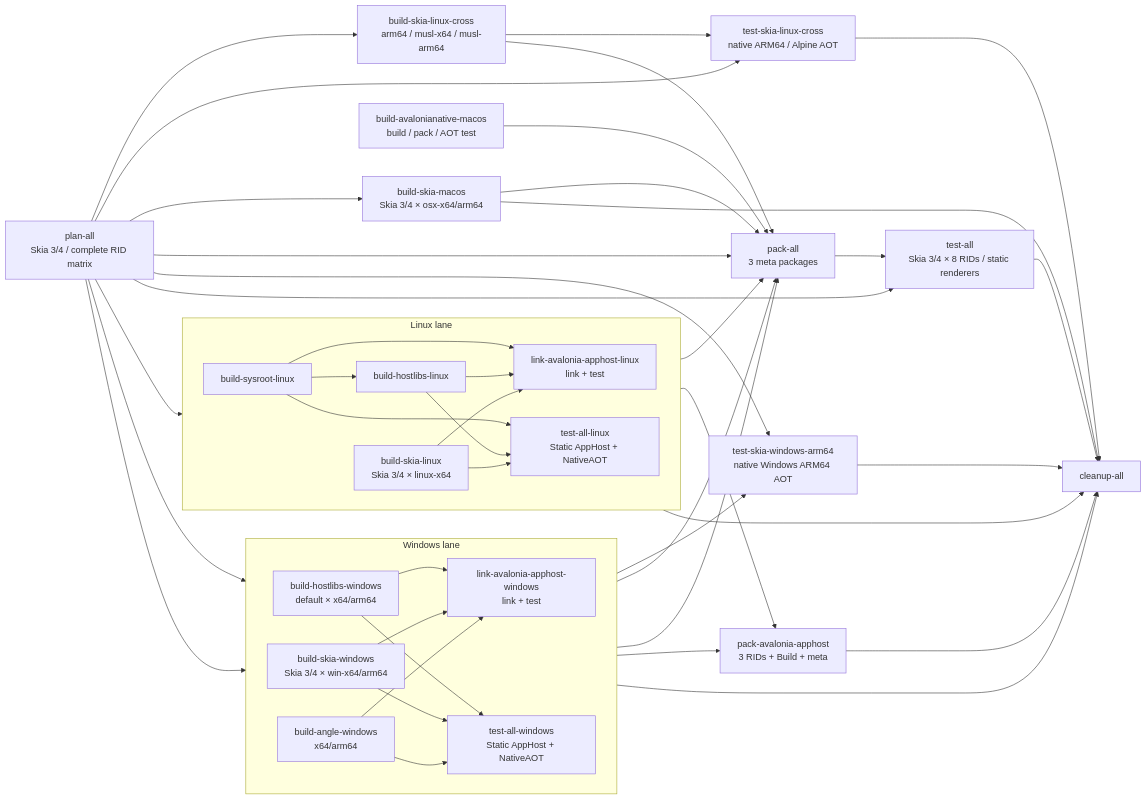
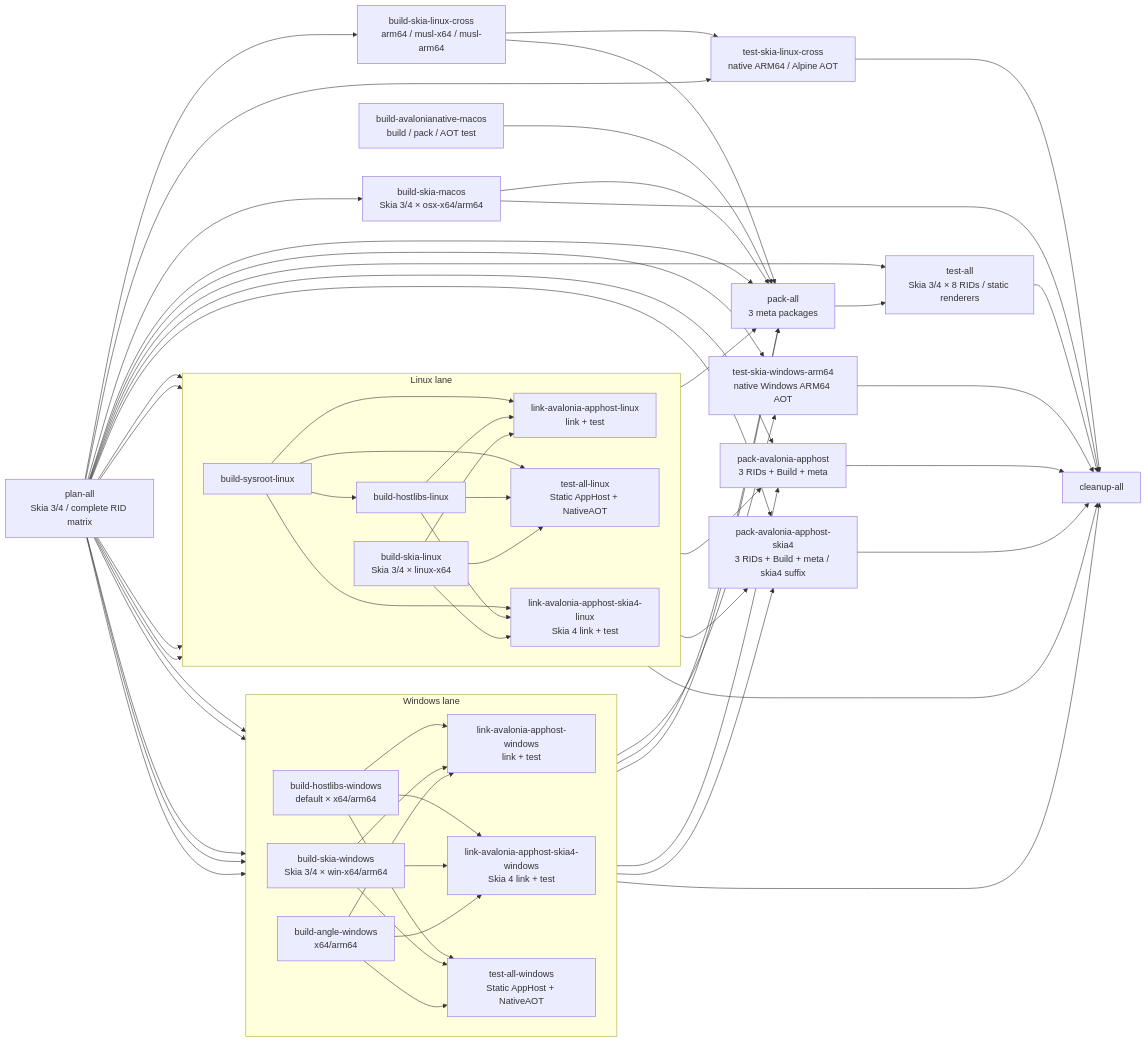
Before and after one commit to chsbuffer/HostForge: the diagram in DEVELOPMENT.md, drawn with Mermaid. The commit also changed other lines of this file and 12 other files, not shown here.

First line of the commit message:
Add SkiaSharp 4 variant support to Avalonia AppHost

```diff
--- a/DEVELOPMENT.md
+++ b/DEVELOPMENT.md
@@ -249,16 +249,28 @@
     WA --> NMP
     NP --> NMT["test-all<br/>Skia 3/4 × 8 RIDs / static renderers"]
     NMP --> NMT
+    NP --> WLA
+    NP --> WLA4
+    NP --> LLA
+    NP --> LLA4
+    NP --> PA
+    NP --> PA4
+    NP --> WM
+    NP --> LM
     subgraph W["Windows lane"]
         direction LR
         WH["build-hostlibs-windows<br/>default × x64/arm64"]
         WA["build-angle-windows<br/>x64/arm64"]
         WLA["link-avalonia-apphost-windows<br/>link + test"]
+        WLA4["link-avalonia-apphost-skia4-windows<br/>Skia 4 link + test"]
         WM["test-all-windows<br/>Static AppHost + NativeAOT"]
 
         WH --> WLA
         NW --> WLA
         WA --> WLA
+        WH --> WLA4
+        NW --> WLA4
+        WA --> WLA4
         WH --> WM
         NW --> WM
         WA --> WM
@@ -269,6 +281,7 @@
         LSY["build-sysroot-linux"]
         LH["build-hostlibs-linux"]
         LLA["link-avalonia-apphost-linux<br/>link + test"]
+        LLA4["link-avalonia-apphost-skia4-linux<br/>Skia 4 link + test"]
         LM["test-all-linux<br/>Static AppHost + NativeAOT"]
 
         LSY --> LH
@@ -276,16 +289,23 @@
         LSY --> LM
         LH --> LLA
         NL --> LLA
+        LSY --> LLA4
+        LH --> LLA4
+        NL --> LLA4
         LH --> LM
         NL --> LM
     end
 
     PA["pack-avalonia-apphost<br/>3 RIDs + Build + meta"]
+    PA4["pack-avalonia-apphost-skia4<br/>3 RIDs + Build + meta / skia4 suffix"]
     CLEAN["cleanup-all"]
     NLCT --> CLEAN
 
     WLA --> PA
     LLA --> PA
+    WLA4 --> PA4
+    LLA4 --> PA4
+    PA4 --> CLEAN
     WM --> CLEAN
     LM --> CLEAN
     PA --> CLEAN
```
